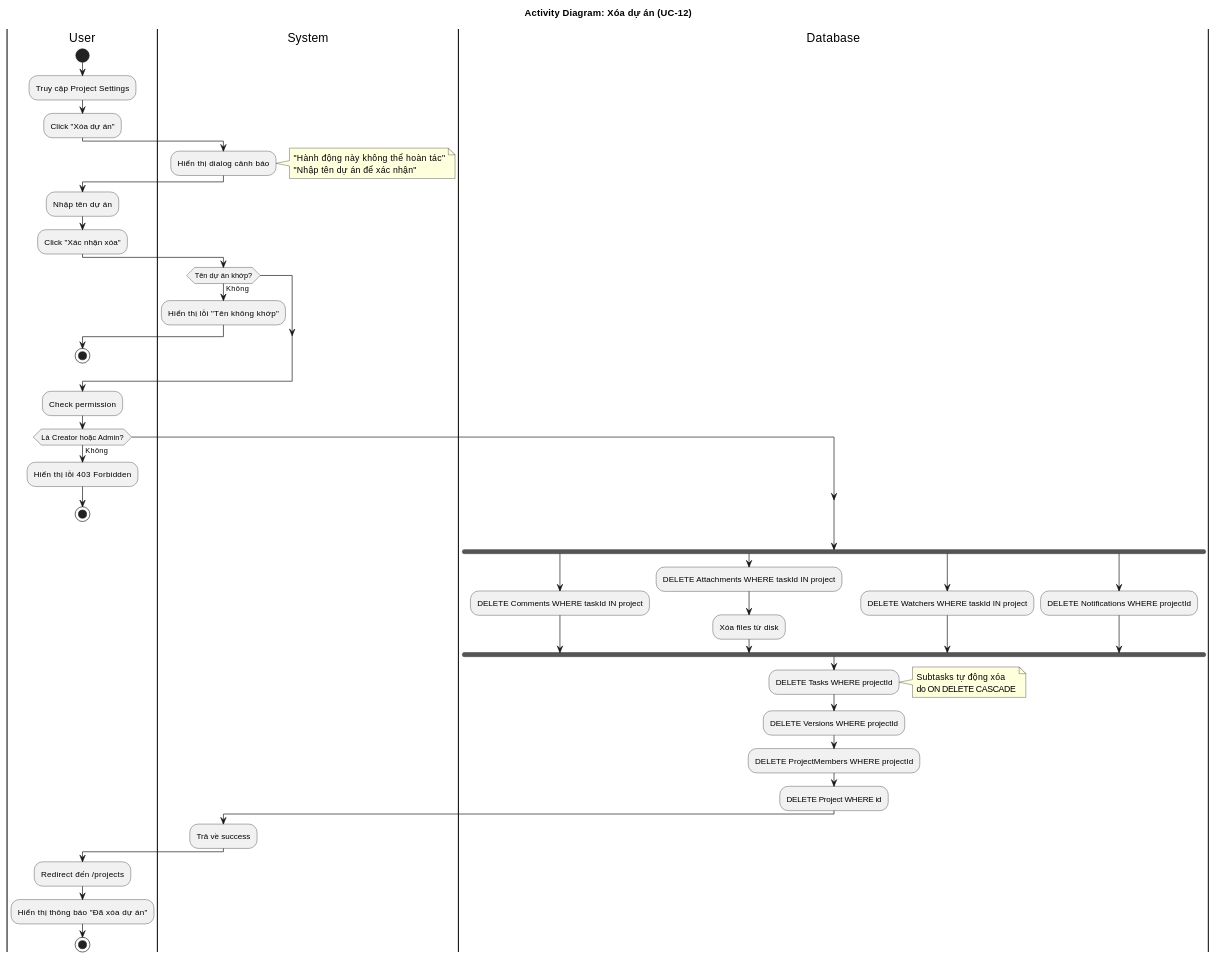
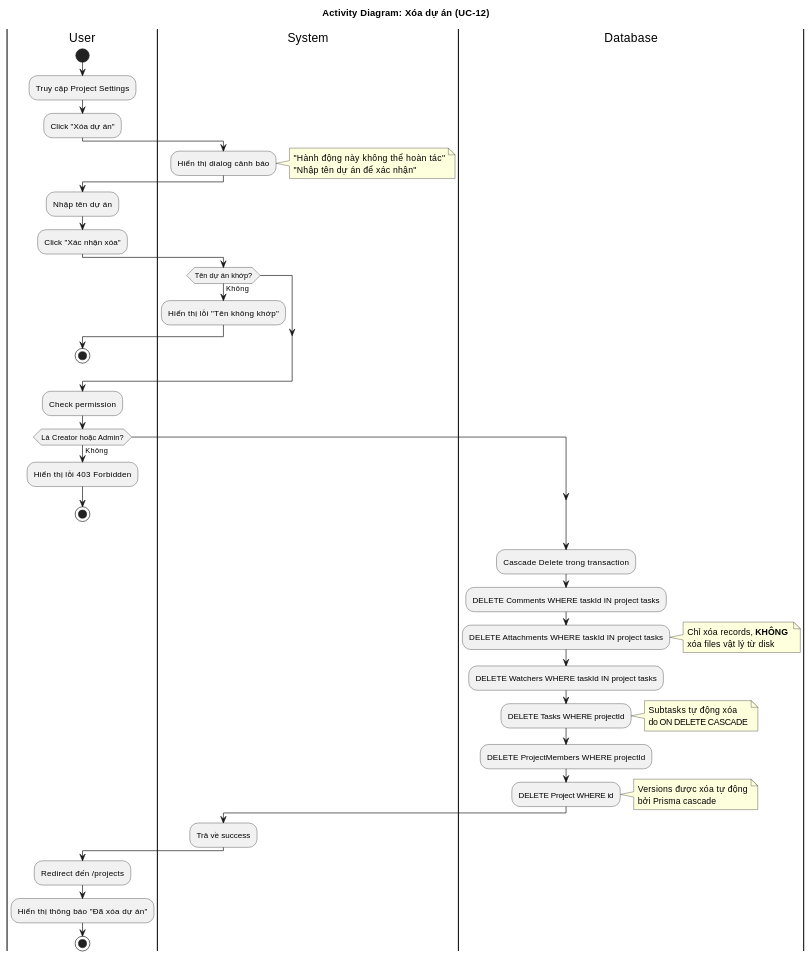
Before and after one commit to docuong039/worksphere: the diagram in docs/activity_diagram/04-delete-project.md, drawn with PlantUML. The commit also changed other lines of this file and 23 other files, not shown here.

````diff
--- a/docs/activity_diagram/04-delete-project.md
+++ b/docs/activity_diagram/04-delete-project.md
@@ -22,68 +22,68 @@
 ```plantuml
 @startuml
 title Activity Diagram: Xóa dự án (UC-12)
 
 |User|
 start
 :Truy cập Project Settings;
 :Click "Xóa dự án";
 
 |System|
 :Hiển thị dialog cảnh báo;
 note right
   "Hành động này không thể hoàn tác"
   "Nhập tên dự án để xác nhận"
 end note
 
 |User|
 :Nhập tên dự án;
 :Click "Xác nhận xóa";
 
 |System|
 if (Tên dự án khớp?) then (Không)
   :Hiển thị lỗi "Tên không khớp";
   |User|
   stop
 endif
 
 :Check permission;
 
 if (Là Creator hoặc Admin?) then (Không)
   :Hiển thị lỗi 403 Forbidden;
   |User|
   stop
 endif
 
 |Database|
-fork
-  :DELETE Comments WHERE taskId IN project;
-fork again
-  :DELETE Attachments WHERE taskId IN project;
-  :Xóa files từ disk;
-fork again
-  :DELETE Watchers WHERE taskId IN project;
-fork again
-  :DELETE Notifications WHERE projectId;
-end fork
+:Cascade Delete trong transaction;
 
+:DELETE Comments WHERE taskId IN project tasks;
+:DELETE Attachments WHERE taskId IN project tasks;
+note right
+  Chỉ xóa records, **KHÔNG** 
+  xóa files vật lý từ disk
+end note
+:DELETE Watchers WHERE taskId IN project tasks;
 :DELETE Tasks WHERE projectId;
 note right
   Subtasks tự động xóa
   do ON DELETE CASCADE
 end note
-
-:DELETE Versions WHERE projectId;
 :DELETE ProjectMembers WHERE projectId;
 :DELETE Project WHERE id;
+note right
+  Versions được xóa tự động
+  bởi Prisma cascade
+end note
 
 |System|
 :Trả về success;
 
 |User|
 :Redirect đến /projects;
 :Hiển thị thông báo "Đã xóa dự án";
 
 stop
 
 @enduml
 ```
````
